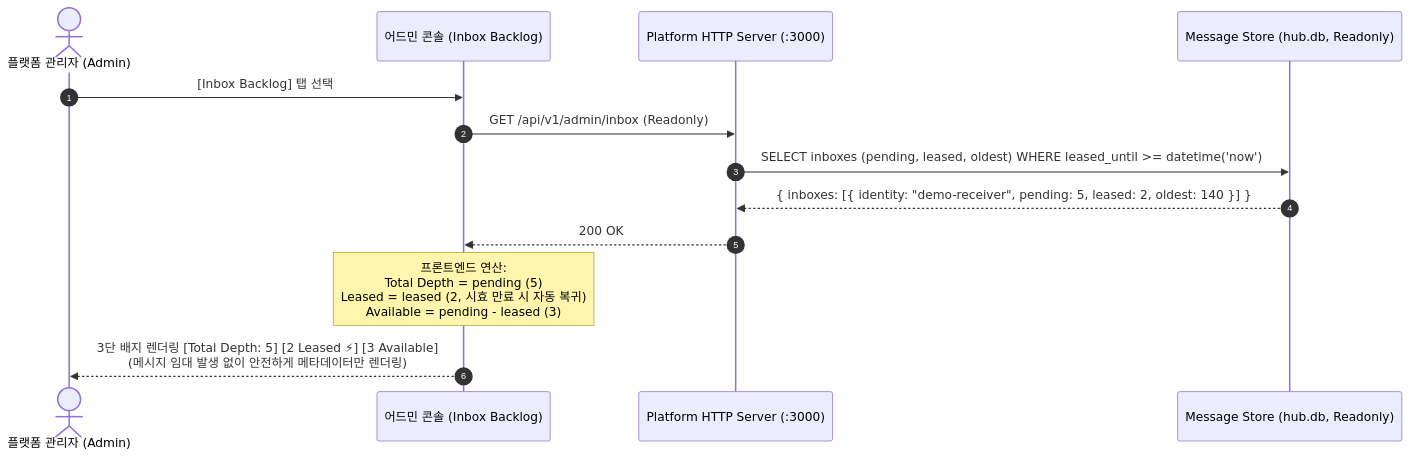
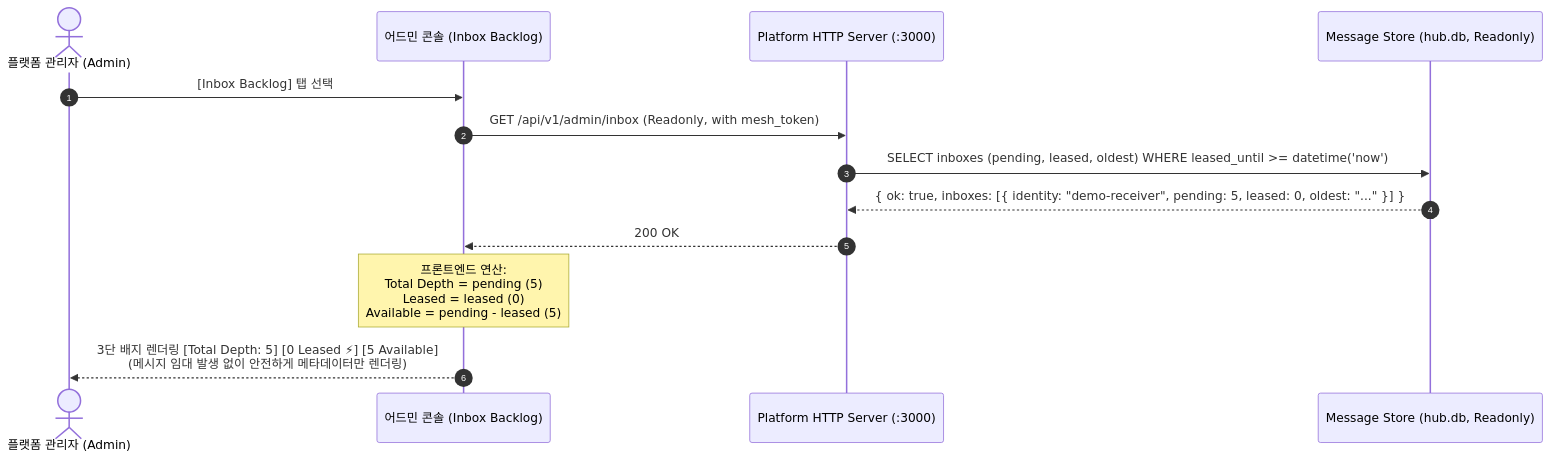
Before and after one commit to sir-mirr/agent-mesh-platform: the third of 6 diagrams in docs/operator-functional-spec.md, drawn with Mermaid. The commit also changed other lines of this file, not shown here.

````diff
--- a/docs/operator-functional-spec.md
+++ b/docs/operator-functional-spec.md
@@ -107,16 +109,16 @@
 ```mermaid
 sequenceDiagram
     autonumber
     actor Admin as 플랫폼 관리자 (Admin)
     participant UI as 어드민 콘솔 (Inbox Backlog)
     participant HTTP as Platform HTTP Server (:3000)
     participant DB as Message Store (hub.db, Readonly)
 
     Admin->>UI: [Inbox Backlog] 탭 선택
-    UI->>HTTP: GET /api/v1/admin/inbox (Readonly)
+    UI->>HTTP: GET /api/v1/admin/inbox (Readonly, with mesh_token)
     HTTP->>DB: SELECT inboxes (pending, leased, oldest) WHERE leased_until >= datetime('now')
-    DB-->>HTTP: { inboxes: [{ identity: "demo-receiver", pending: 5, leased: 2, oldest: 140 }] }
+    DB-->>HTTP: { ok: true, inboxes: [{ identity: "demo-receiver", pending: 5, leased: 0, oldest: "..." }] }
     HTTP-->>UI: 200 OK
-    Note over UI: 프론트엔드 연산:<br>Total Depth = pending (5)<br>Leased = leased (2, 시효 만료 시 자동 복귀)<br>Available = pending - leased (3)
-    UI-->>Admin: 3단 배지 렌더링 [Total Depth: 5] [2 Leased ⚡] [3 Available]<br>(메시지 임대 발생 없이 안전하게 메타데이터만 렌더링)
+    Note over UI: 프론트엔드 연산:<br>Total Depth = pending (5)<br>Leased = leased (0)<br>Available = pending - leased (5)
+    UI-->>Admin: 3단 배지 렌더링 [Total Depth: 5] [0 Leased ⚡] [5 Available]<br>(메시지 임대 발생 없이 안전하게 메타데이터만 렌더링)
 ```
````
